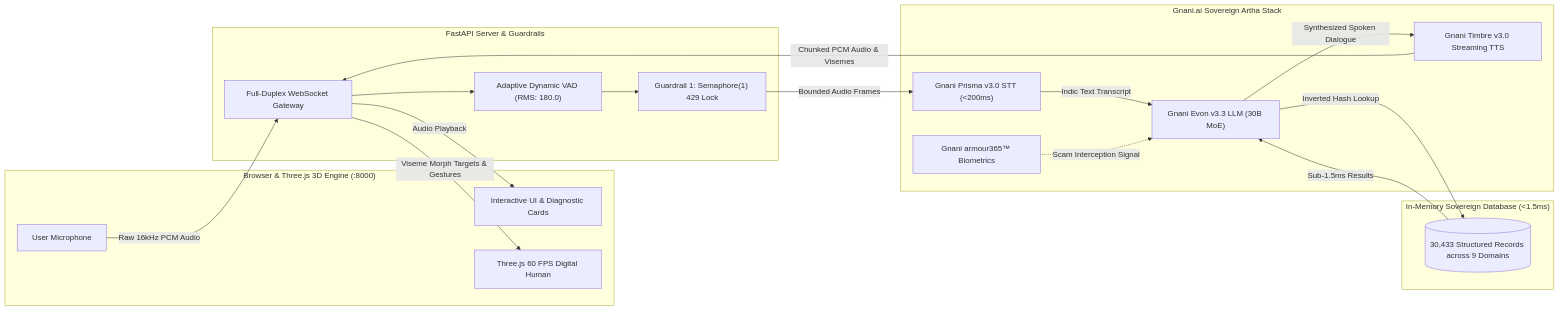
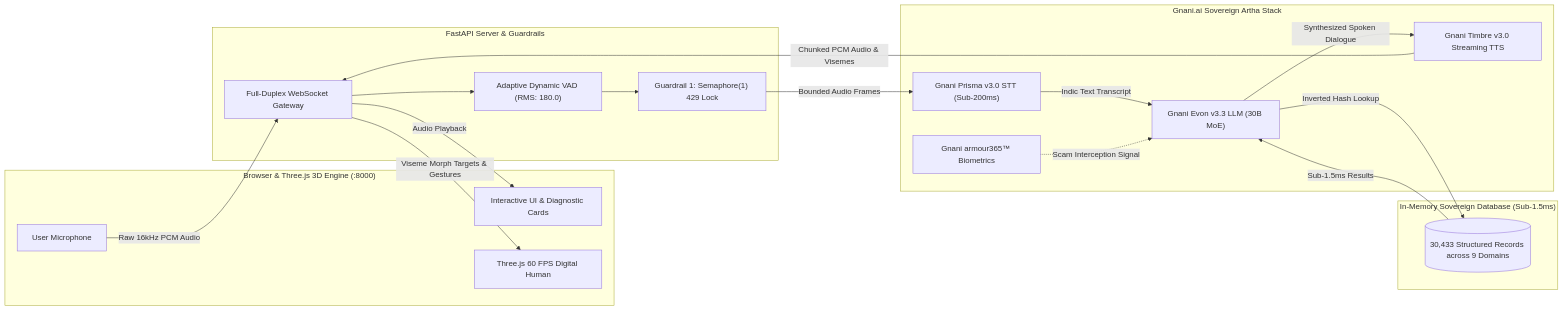
Before and after one commit to Aarush-bigO/gnani-vachana-3d: the first of 5 diagrams in README.md, drawn with Mermaid. The commit also changed other lines of this file, not shown here.

Commit message:
docs: add Indic NLP deep-dive, codebase architecture tree, and latency telemetry matrix

````diff
--- a/README.md
+++ b/README.md
@@ -44,38 +44,38 @@
 ```mermaid
 flowchart LR
     subgraph Client["Browser & Three.js 3D Engine (:8000)"]
         MIC["User Microphone"]
         UI["Interactive UI & Diagnostic Cards"]
         THREE["Three.js 60 FPS Digital Human"]
     end
 
     subgraph Gateway["FastAPI Server & Guardrails"]
         WS["Full-Duplex WebSocket Gateway"]
         GUARD["Guardrail 1: Semaphore(1) 429 Lock"]
         VAD["Adaptive Dynamic VAD (RMS: 180.0)"]
     end
 
     subgraph GnaniStack["Gnani.ai Sovereign Artha Stack"]
-        PRISMA["Gnani Prisma v3.0 STT (<200ms)"]
+        PRISMA["Gnani Prisma v3.0 STT (Sub-200ms)"]
         EVON["Gnani Evon v3.3 LLM (30B MoE)"]
         TIMBRE["Gnani Timbre v3.0 Streaming TTS"]
         ARMOUR["Gnani armour365™ Biometrics"]
     end
 
-    subgraph Knowledge["In-Memory Sovereign Database (<1.5ms)"]
+    subgraph Knowledge["In-Memory Sovereign Database (Sub-1.5ms)"]
         DB[("30,433 Structured Records across 9 Domains")]
     end
 
     MIC -->|Raw 16kHz PCM Audio| WS
     WS --> VAD
     VAD --> GUARD
     GUARD -->|Bounded Audio Frames| PRISMA
     PRISMA -->|Indic Text Transcript| EVON
     EVON -->|Inverted Hash Lookup| DB
     DB -->|Sub-1.5ms Results| EVON
     EVON -->|Synthesized Spoken Dialogue| TIMBRE
     TIMBRE -->|Chunked PCM Audio & Visemes| WS
     ARMOUR -.->|Scam Interception Signal| EVON
     WS -->|Audio Playback| UI
     WS -->|Viseme Morph Targets & Gestures| THREE
 ```
````
